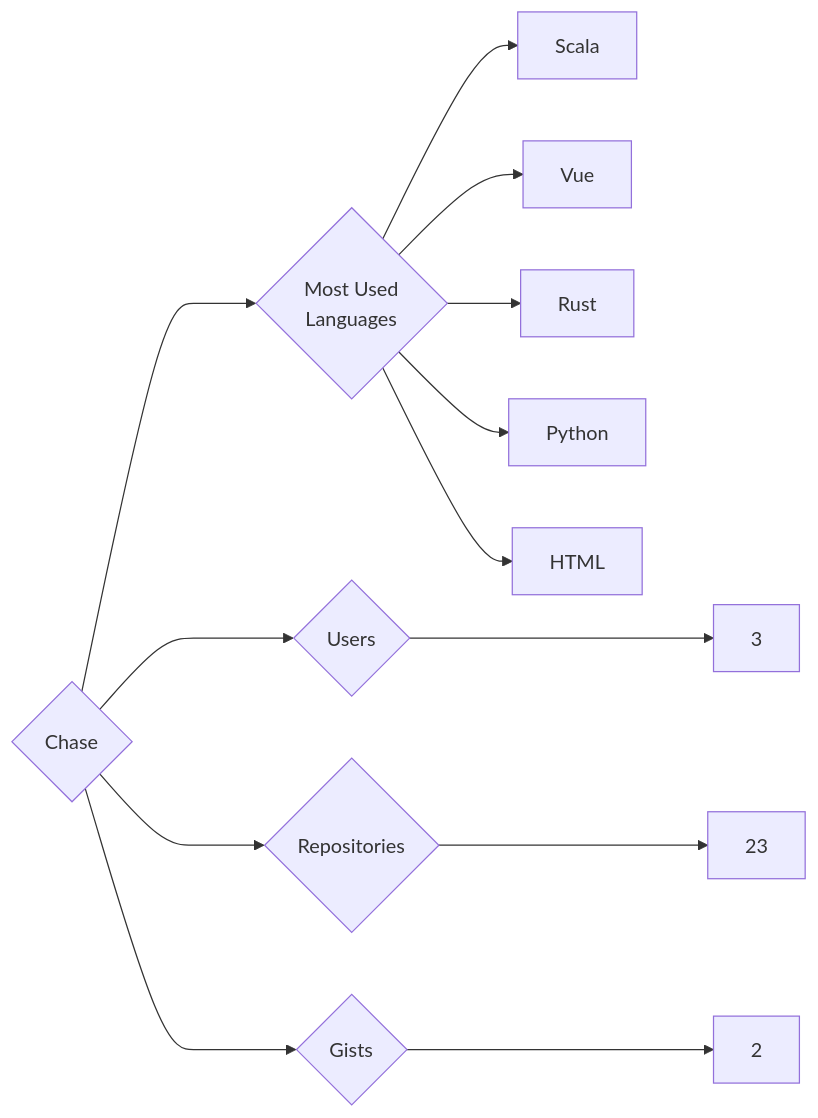
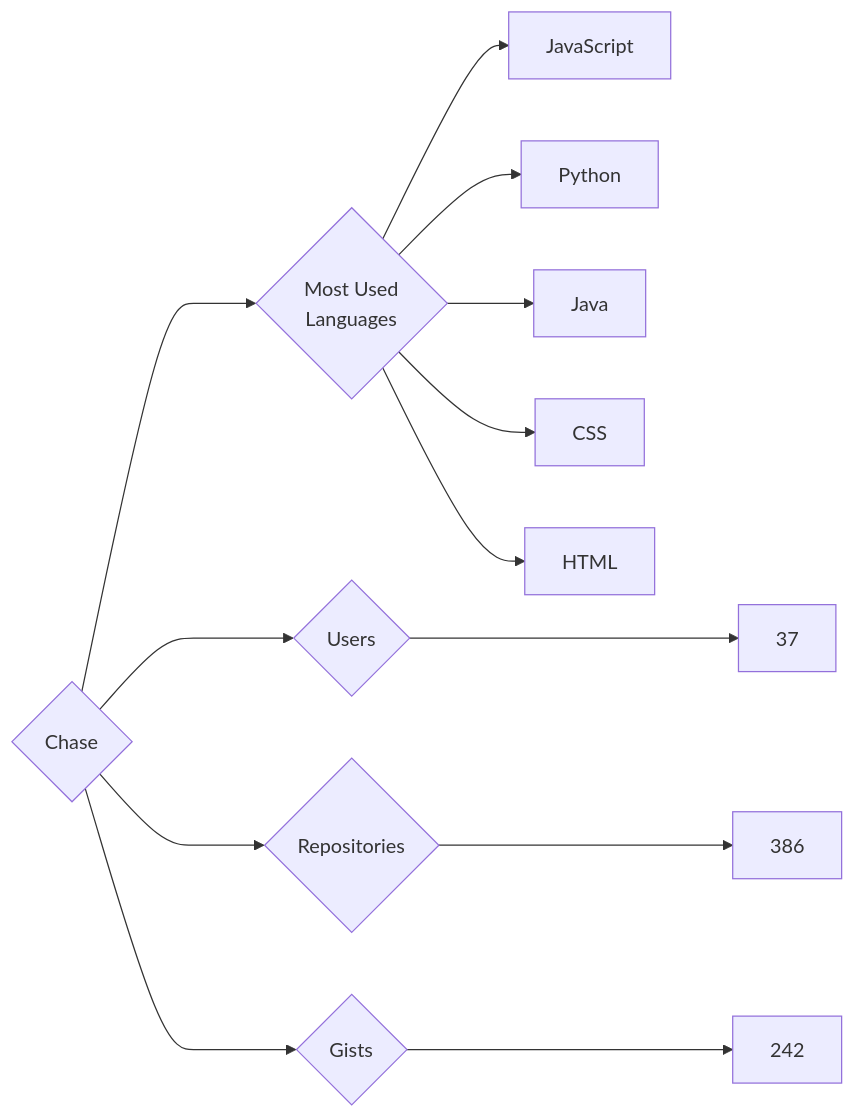
One commit to trickest/insiders changed the diagram in targets/Chase/README.md. Above: the diagram before and after it, drawn with Mermaid. The commit also changed 895 other files, not shown here.

````diff
--- a/targets/Chase/README.md
+++ b/targets/Chase/README.md
@@ -3,13 +3,13 @@
 ```mermaid
 graph LR
 COMPANY_NAME{Chase}
-COMPANY_NAME ---> U{Users} ---> UN[3]
-COMPANY_NAME ---> R{Repositories} ---> RN[23]
-COMPANY_NAME ---> G{Gists} ---> GN[2]
+COMPANY_NAME ---> U{Users} ---> UN[37]
+COMPANY_NAME ---> R{Repositories} ---> RN[386]
+COMPANY_NAME ---> G{Gists} ---> GN[242]
 COMPANY_NAME ---> ML{Most Used<br>Languages}
-ML --> Scala[Scala]
-ML --> Vue[Vue]
-ML --> Rust[Rust]
+ML --> JavaScript[JavaScript]
 ML --> Python[Python]
+ML --> Java[Java]
+ML --> CSS[CSS]
 ML --> HTML[HTML]
 ```
````
